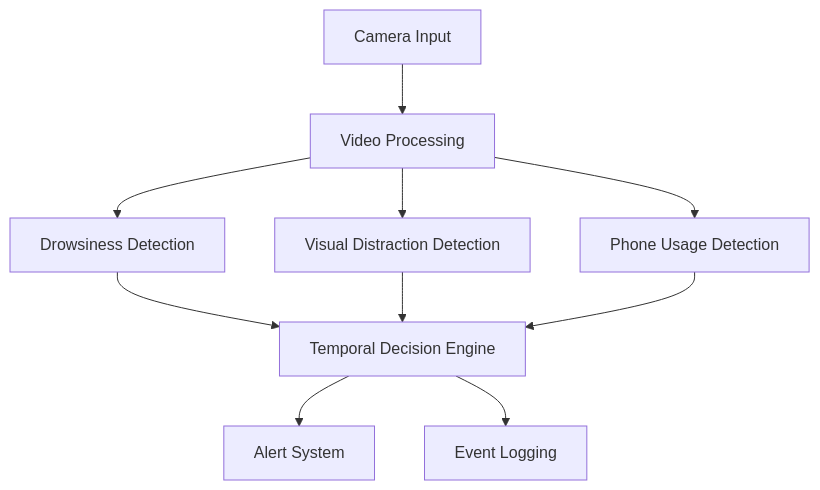
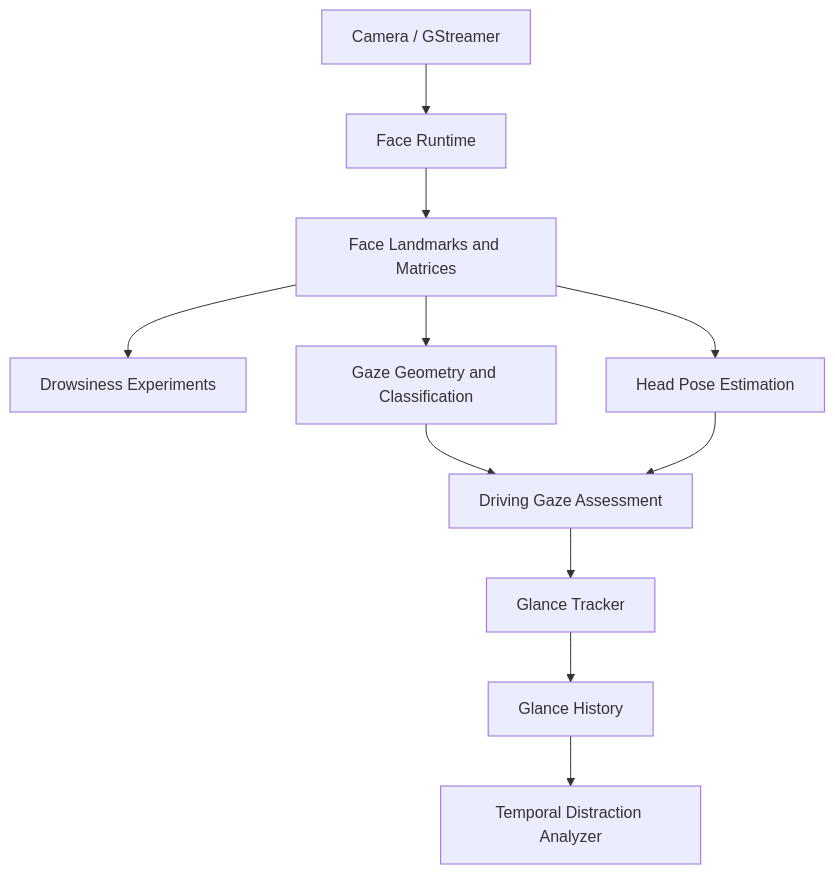
The diagram in docs/03_system_architecture.md (MohamedMagdy-203/DriveSense-AI-Intelligent-In-Cabin-Driver-Monitoring-System), drawn with Mermaid before and after one commit. The commit also changed other lines of this file and 20 other files, not shown here.

Commit message:
docs: document architecture experiments and findings

````diff
--- a/docs/03_system_architecture.md
+++ b/docs/03_system_architecture.md
@@ -9,15 +9,13 @@
 ```mermaid
 flowchart TD
-    A[Camera Input] --> B[Video Processing]
-
-    B --> C[Drowsiness Detection]
-    B --> D[Visual Distraction Detection]
-    B --> E[Phone Usage Detection]
-
-    C --> F[Temporal Decision Engine]
-    D --> F
-    E --> F
-
-    F --> G[Alert System]
-    F --> H[Event Logging]
+    A[Camera / GStreamer] --> B[Face Runtime]
+    B --> C[Face Landmarks and Matrices]
+    C --> D[Drowsiness Experiments]
+    C --> E[Gaze Geometry and Classification]
+    C --> F[Head Pose Estimation]
+    E --> G[Driving Gaze Assessment]
+    F --> G
+    G --> H[Glance Tracker]
+    H --> I[Glance History]
+    I --> J[Temporal Distraction Analyzer]
 ```
````
